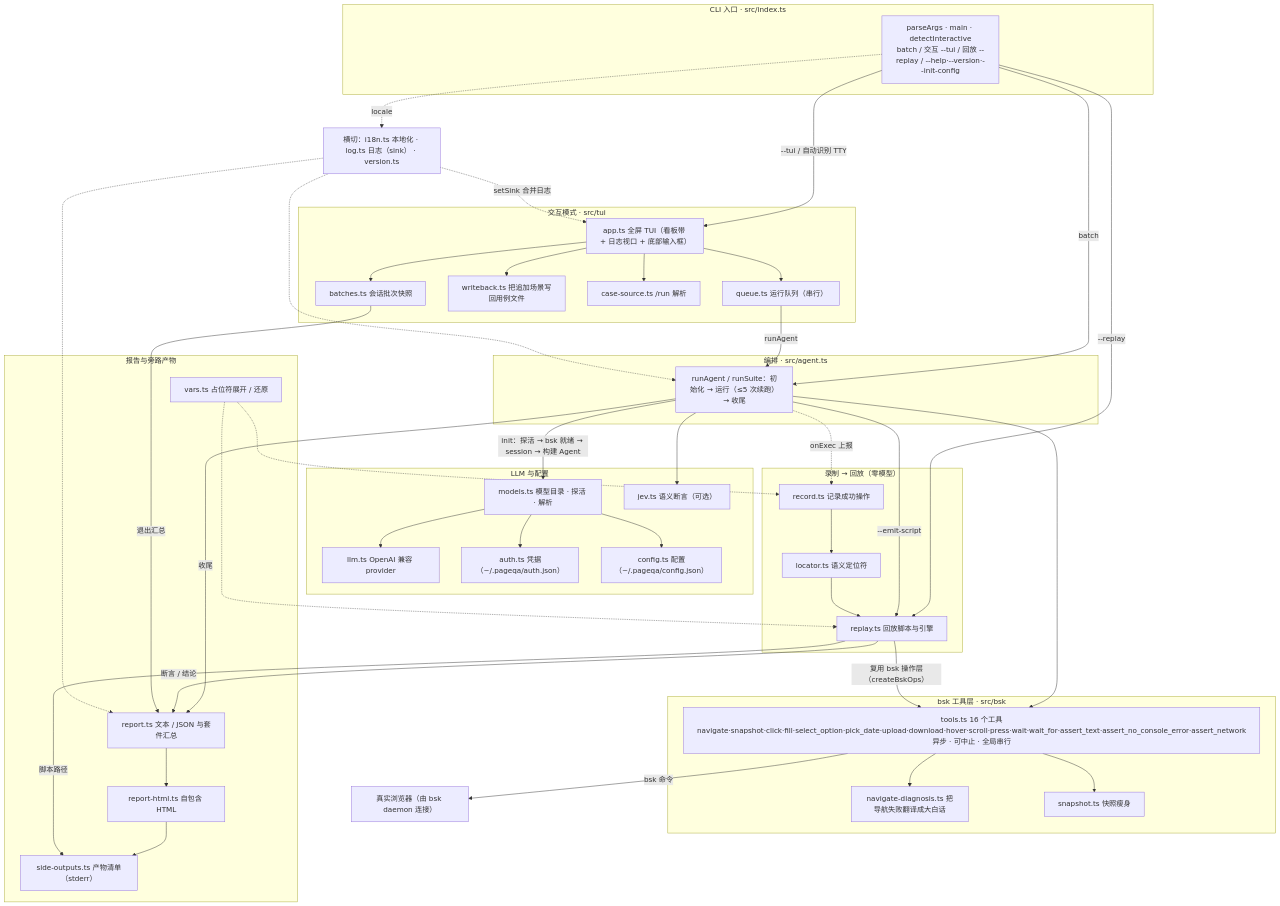
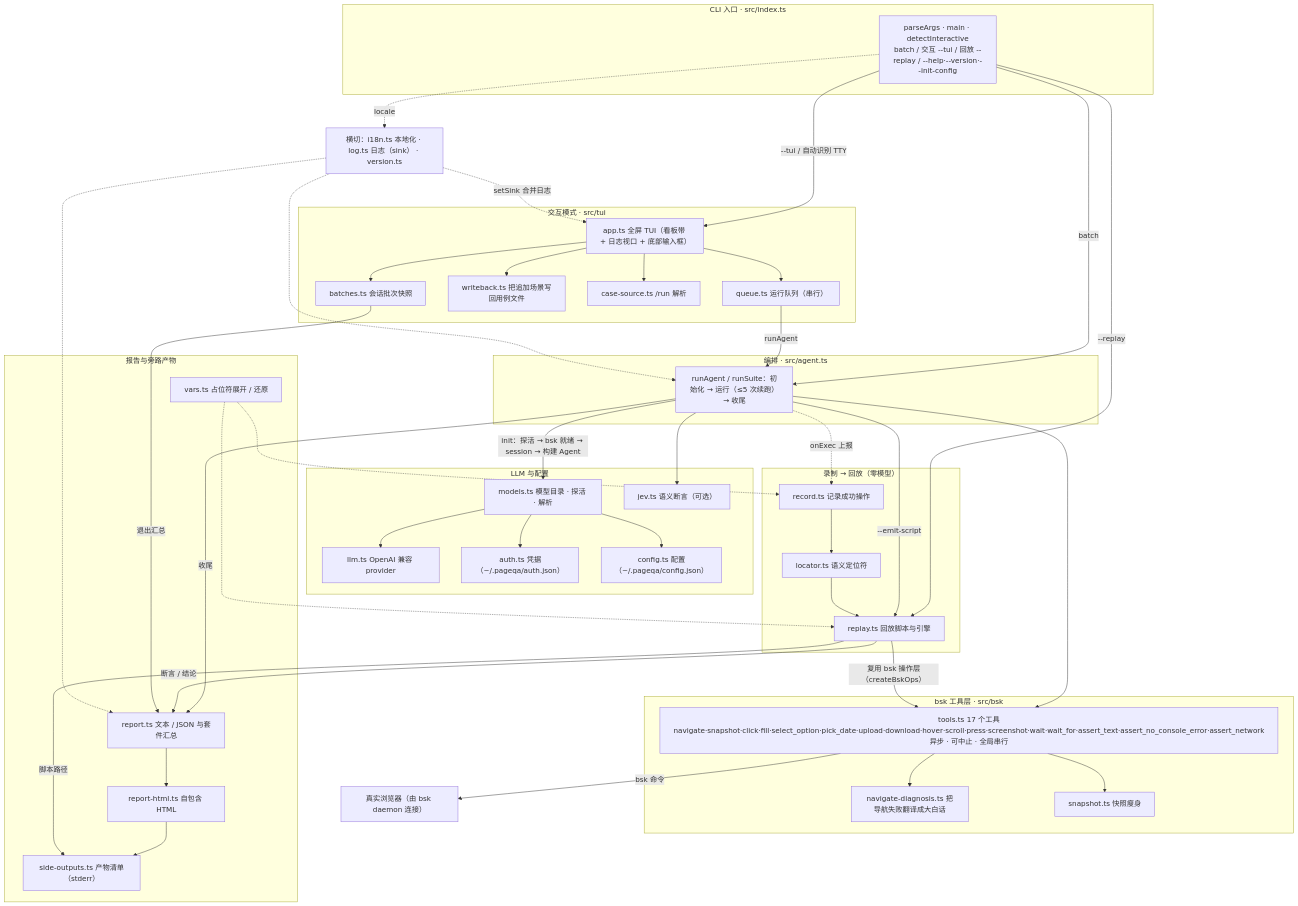
The diagram in README.zh-CN.md (klren0312/pageqa), drawn with Mermaid before and after one commit. The commit also changed other lines of this file and 15 other files, not shown here.

First line of the commit message:
feat(screenshot): 截图工具、场景自动截图与 HTML 报告嵌图

```diff
--- a/README.zh-CN.md
+++ b/README.zh-CN.md
@@ -255,7 +255,7 @@
   end
 
   subgraph BSK["bsk 工具层 · src/bsk"]
-    TOOLS["tools.ts 16 个工具<br/>navigate·snapshot·click·fill·select_option·pick_date·upload·download·hover·scroll·press·wait·wait_for·assert_text·assert_no_console_error·assert_network<br/>异步 · 可中止 · 全局串行"]
+    TOOLS["tools.ts 17 个工具<br/>navigate·snapshot·click·fill·select_option·pick_date·upload·download·hover·scroll·press·screenshot·wait·wait_for·assert_text·assert_no_console_error·assert_network<br/>异步 · 可中止 · 全局串行"]
     DIAG["navigate-diagnosis.ts 把导航失败翻译成大白话"]
     SNAP["snapshot.ts 快照瘦身"]
   end
```
